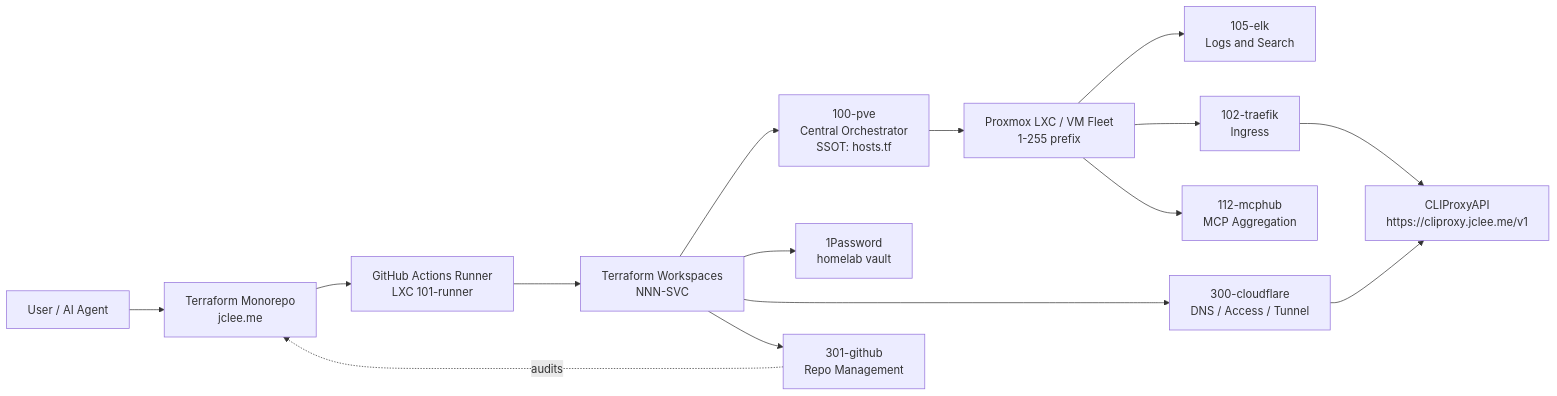
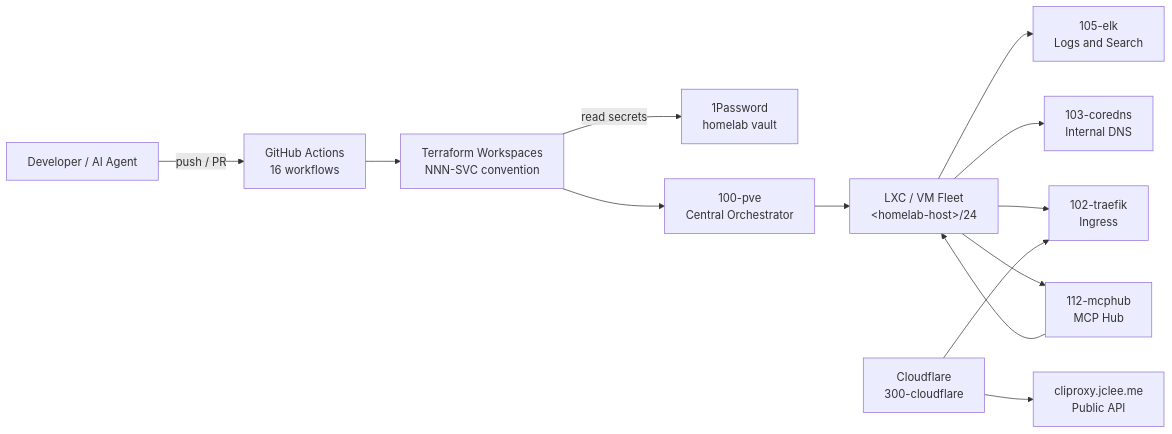
Before and after one commit to jclee941/terraform: the second of 2 diagrams in README.md, drawn with Mermaid. The commit also changed other lines of this file, not shown here.

````diff
--- a/README.md
+++ b/README.md
@@ -314,31 +336,15 @@
 ```mermaid
 flowchart LR
-    Agent["User / AI Agent"]
-    Repo["Terraform Monorepo<br/>jclee.me"]
-    CI["GitHub Actions Runner<br/>LXC 101-runner"]
-    TF["Terraform Workspaces<br/>NNN-SVC"]
-    PVE["100-pve<br/>Central Orchestrator<br/>SSOT: hosts.tf"]
-    Fleet["Proxmox LXC / VM Fleet<br/>1-255 prefix"]
-    OP["1Password<br/>homelab vault"]
-    CF["300-cloudflare<br/>DNS / Access / Tunnel"]
-    Traefik["102-traefik<br/>Ingress"]
-    ELK["105-elk<br/>Logs and Search"]
-    MCP["112-mcphub<br/>MCP Aggregation"]
-    Proxy["CLIProxyAPI<br/>https://cliproxy.jclee.me/v1"]
-    Bots["301-github<br/>Repo Management"]
-
-    Agent --> Repo
-    Repo --> CI
-    CI --> TF
-    TF --> PVE
-    PVE --> Fleet
-    TF --> OP
-    TF --> CF
-    TF --> Bots
-    Fleet --> ELK
-    Fleet --> Traefik
-    Fleet --> MCP
-    CF --> Proxy
-    Traefik --> Proxy
-    Bots -.audits.-> Repo
+  Dev["Developer / AI Agent"] -->|push / PR| GA["GitHub Actions<br/>16 workflows"]
+  GA --> TF["Terraform Workspaces<br/>NNN-SVC convention"]
+  TF -->|read secrets| OP["1Password<br/>homelab vault"]
+  TF --> PVE["100-pve<br/>Central Orchestrator"]
+  PVE --> Fleet["LXC / VM Fleet<br/>&lt;homelab-host&gt;/24"]
+  Fleet --> ELK["105-elk<br/>Logs and Search"]
+  Fleet --> DNS["103-coredns<br/>Internal DNS"]
+  Fleet --> Traefik["102-traefik<br/>Ingress"]
+  Fleet --> MCP["112-mcphub<br/>MCP Hub"]
+  CF["Cloudflare<br/>300-cloudflare"] --> Traefik
+  CF --> API["cliproxy.jclee.me<br/>Public API"]
+  MCP --> Fleet
 ```
````
